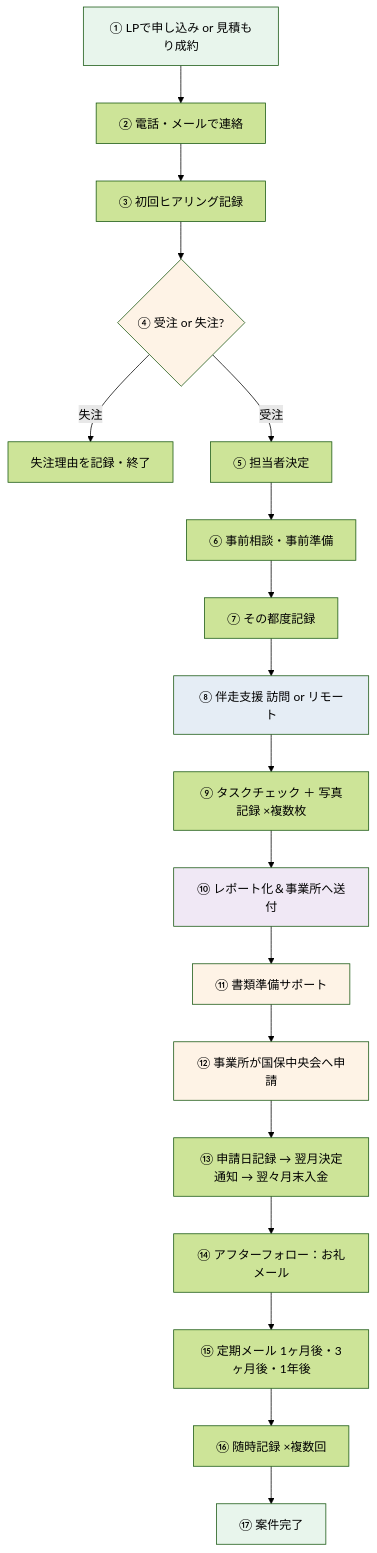
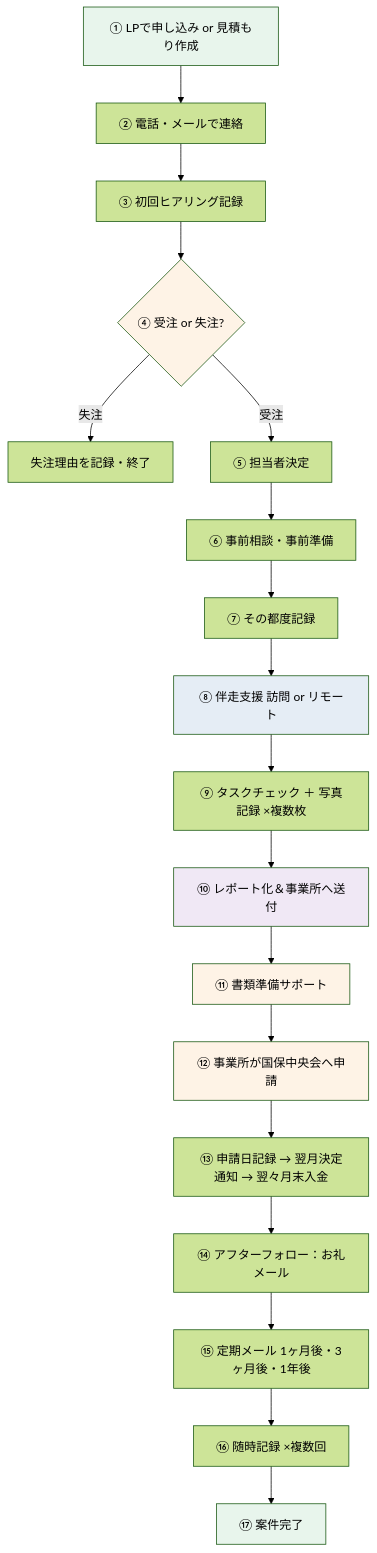
One commit to npo-tadakayo/kjk-tadakayo changed the first of 5 diagrams in CRM_DESIGN.md. Above: the diagram before and after it, drawn with Mermaid (forest theme). The commit also changed 13 other files, not shown here.

````diff
--- a/CRM_DESIGN.md
+++ b/CRM_DESIGN.md
@@ -58,28 +58,28 @@
 ```mermaid
 flowchart TD
-    A[① LPで申し込み or 見積もり成約] --> B[② 電話・メールで連絡]
+    A[① LPで申し込み or 見積もり作成] --> B[② 電話・メールで連絡]
     B --> C[③ 初回ヒアリング記録]
     C --> D{④ 受注 or 失注?}
     D -->|失注| Z1[失注理由を記録・終了]
     D -->|受注| E[⑤ 担当者決定]
     E --> F[⑥ 事前相談・事前準備]
     F --> G[⑦ その都度記録]
     G --> H[⑧ 伴走支援 訪問 or リモート]
     H --> H2[⑨ タスクチェック ＋ 写真記録 ×複数枚]
     H2 --> I[⑩ レポート化＆事業所へ送付]
     I --> I2[⑪ 書類準備サポート]
     I2 --> I3[⑫ 事業所が国保中央会へ申請]
     I3 --> I4[⑬ 申請日記録 → 翌月決定通知 → 翌々月末入金]
     I4 --> J[⑭ アフターフォロー：お礼メール]
     J --> K[⑮ 定期メール 1ヶ月後・3ヶ月後・1年後]
     K --> L[⑯ 随時記録 ×複数回]
     L --> M[⑰ 案件完了]
 
     style A fill:#e8f5ec
     style D fill:#fef3e6
     style H fill:#e5edf5
     style I fill:#f0e8f5
     style I2 fill:#fef3e6
     style I3 fill:#fef3e6
     style M fill:#e8f5ec
 ```
````
